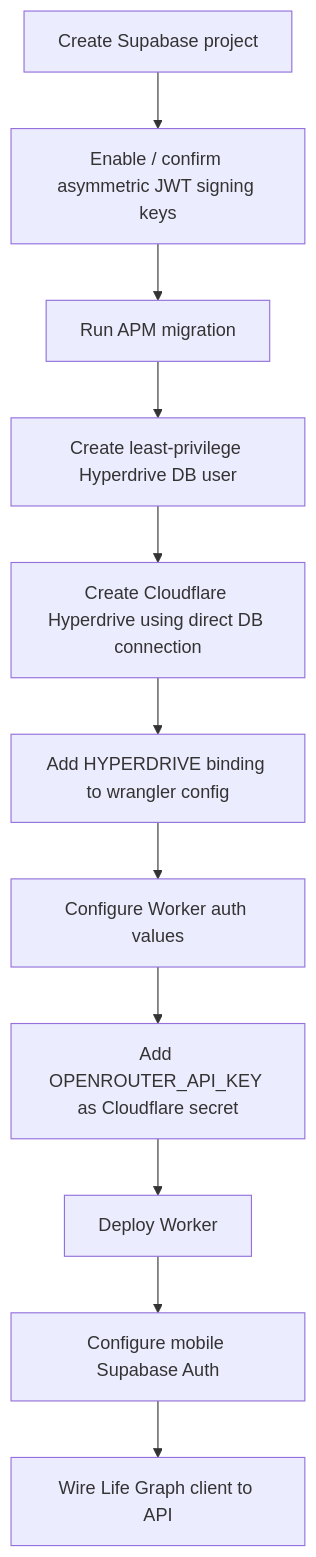
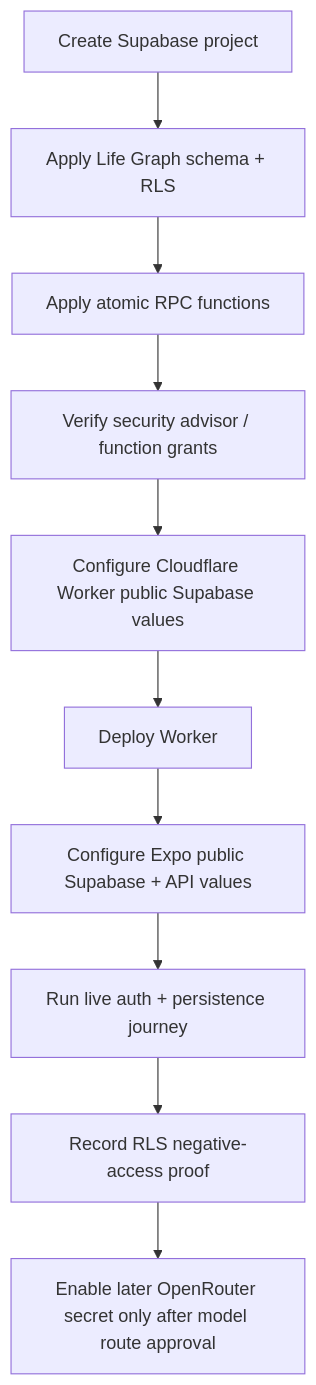
One commit to seq23/aplayer-mode changed the second of 3 diagrams in docs/17-MVP-INFRASTRUCTURE-PROVISIONING.md. Above: the diagram before and after it, drawn with Mermaid. The commit also changed other lines of this file and 3 other files, not shown here.

Commit message:
docs: align auth persistence and Supabase Cloudflare architecture

````diff
--- a/docs/17-MVP-INFRASTRUCTURE-PROVISIONING.md
+++ b/docs/17-MVP-INFRASTRUCTURE-PROVISIONING.md
@@ -92,13 +105,12 @@
 ```mermaid
 flowchart TD
-  A[Create Supabase project] --> B[Enable / confirm asymmetric JWT signing keys]
-  B --> C[Run APM migration]
-  C --> D[Create least-privilege Hyperdrive DB user]
-  D --> E[Create Cloudflare Hyperdrive using direct DB connection]
-  E --> F[Add HYPERDRIVE binding to wrangler config]
-  F --> G[Configure Worker auth values]
-  G --> H[Add OPENROUTER_API_KEY as Cloudflare secret]
-  H --> I[Deploy Worker]
-  I --> J[Configure mobile Supabase Auth]
-  J --> K[Wire Life Graph client to API]
+  A[Create Supabase project] --> B[Apply Life Graph schema + RLS]
+  B --> C[Apply atomic RPC functions]
+  C --> D[Verify security advisor / function grants]
+  D --> E[Configure Cloudflare Worker public Supabase values]
+  E --> F[Deploy Worker]
+  F --> G[Configure Expo public Supabase + API values]
+  G --> H[Run live auth + persistence journey]
+  H --> I[Record RLS negative-access proof]
+  I --> J[Enable later OpenRouter secret only after model route approval]
 ```
````
